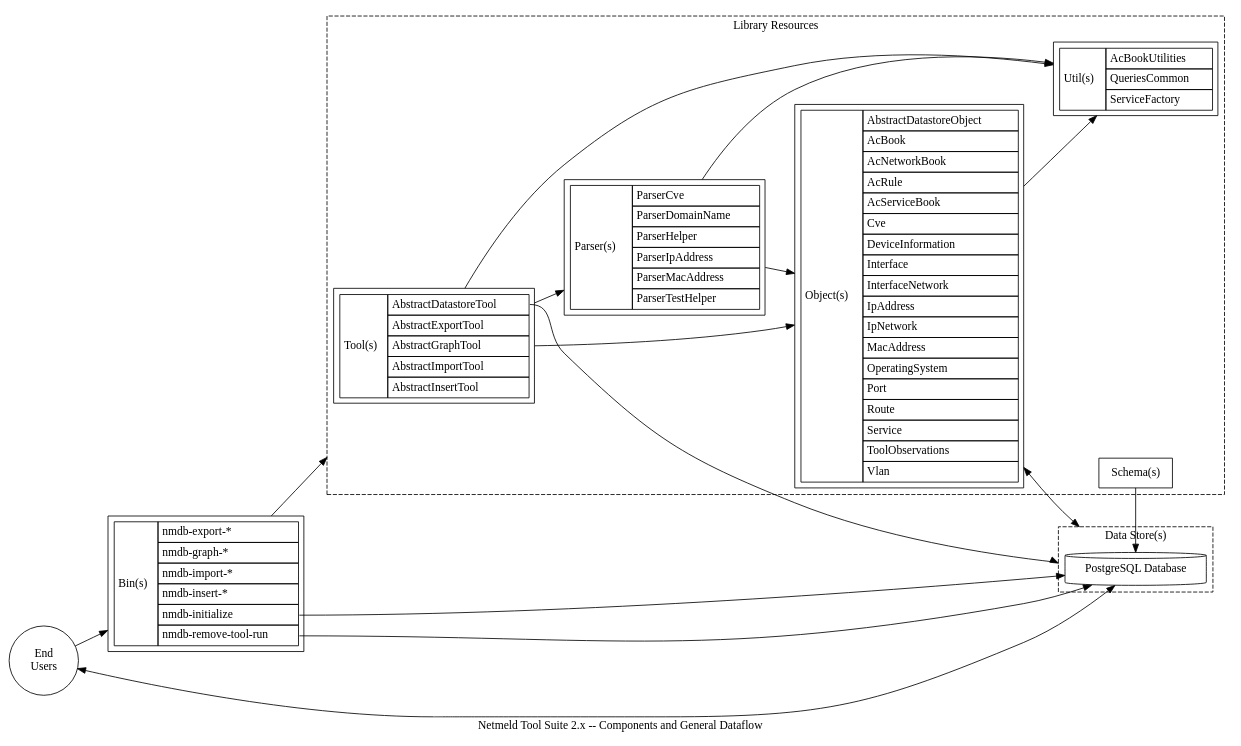
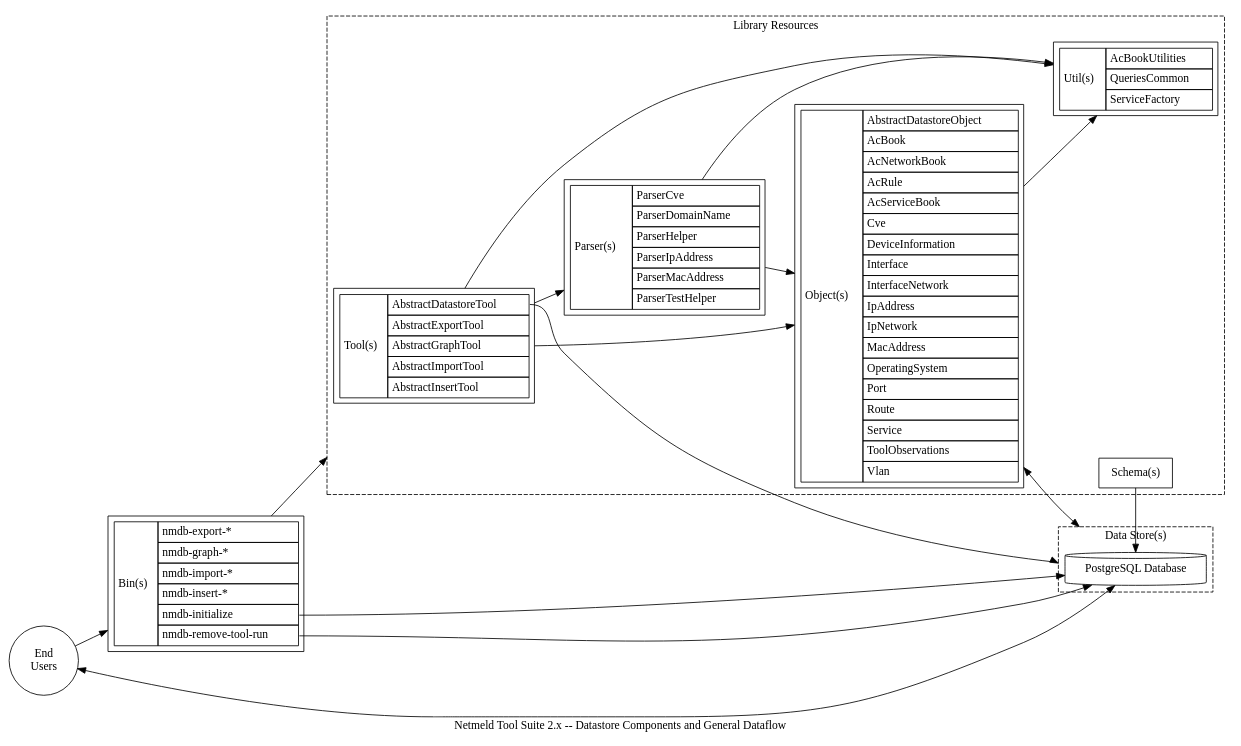
One commit to netmeld/netmeld changed the diagram in datastore/docs/netmeld-datastore.dot. Above: the diagram before and after it, drawn with Graphviz. The commit also changed 8 other files, not shown here.

```diff
--- a/datastore/docs/netmeld-datastore.dot
+++ b/datastore/docs/netmeld-datastore.dot
@@ -1,111 +1,111 @@
 digraph netmeld {
   rankdir=LR;
   nodesep=0.5;
   ranksep=0.5;
   newrank=true;
   splines=spline;
   compound=true;
   //concentrate=true; // NOTE: this incorrectly "hides" some lines
 
-  label="Netmeld Tool Suite 2.x -- Components and General Dataflow";
+  label="Netmeld Tool Suite 2.x -- Datastore Components and General Dataflow";
 
   node[shape="circle"];
   users [label="End\nUsers"];
 
   // find . -iname "nmdb-*" -printf '%f\n' | sed -e 's/.cpp//g' | sort -u | sed -e 's/\(.*\)/<tr><td align="left">\1<\/td><\/tr>/g'
 
   node[shape="rectangle",margin=0.1];
   bins [label=<
     <table border="0" cellborder="1" cellspacing="0" cellpadding="4">
       <tr><td rowspan="7">Bin(s)</td></tr>
       <tr><td align="left">nmdb-export-*</td></tr>
       <tr><td align="left">nmdb-graph-*</td></tr>
       <tr><td align="left">nmdb-import-*</td></tr>
       <tr><td align="left">nmdb-insert-*</td></tr>
       <tr><td align="left" port="init">nmdb-initialize</td></tr>
       <tr><td align="left" port="remove">nmdb-remove-tool-run</td></tr>
     </table>>];
 
 
   // find common/schemas -iname "*.hpp" -printf '%f\n' | sed -e 's/.hpp//g' | sort -u | sed -e 's/\(.*\)/<tr><td align="left">\1<\/td><\/tr>/g'
 
   subgraph cluster_lib {
     label="Library Resources";
     style="dashed";
 
     node[shape="rectangle",margin=0.1];
     objects [label=<
       <table border="0" cellborder="1" cellspacing="0" cellpadding="4">
         <tr><td rowspan="19">Object(s)</td></tr>
         <tr><td align="left">AbstractDatastoreObject</td></tr>
         <tr><td align="left">AcBook</td></tr>
         <tr><td align="left">AcNetworkBook</td></tr>
         <tr><td align="left">AcRule</td></tr>
         <tr><td align="left">AcServiceBook</td></tr>
         <tr><td align="left">Cve</td></tr>
         <tr><td align="left">DeviceInformation</td></tr>
         <tr><td align="left">Interface</td></tr>
         <tr><td align="left">InterfaceNetwork</td></tr>
         <tr><td align="left">IpAddress</td></tr>
         <tr><td align="left">IpNetwork</td></tr>
         <tr><td align="left">MacAddress</td></tr>
         <tr><td align="left">OperatingSystem</td></tr>
         <tr><td align="left">Port</td></tr>
         <tr><td align="left">Route</td></tr>
         <tr><td align="left">Service</td></tr>
         <tr><td align="left">ToolObservations</td></tr>
         <tr><td align="left">Vlan</td></tr>
       </table>>];
     parsers [label=<
       <table border="0" cellborder="1" cellspacing="0" cellpadding="4">
         <tr><td rowspan="7">Parser(s)</td></tr>
         <tr><td align="left">ParserCve</td></tr>
         <tr><td align="left">ParserDomainName</td></tr>
         <tr><td align="left">ParserHelper</td></tr>
         <tr><td align="left">ParserIpAddress</td></tr>
         <tr><td align="left">ParserMacAddress</td></tr>
         <tr><td align="left">ParserTestHelper</td></tr>
       </table>>];
     tools [label=<
       <table border="0" cellborder="1" cellspacing="0" cellpadding="4">
         <tr><td rowspan="6">Tool(s)</td></tr>
         <tr><td align="left" port="dstool">AbstractDatastoreTool</td></tr>
         <tr><td align="left">AbstractExportTool</td></tr>
         <tr><td align="left">AbstractGraphTool</td></tr>
         <tr><td align="left">AbstractImportTool</td></tr>
         <tr><td align="left">AbstractInsertTool</td></tr>
       </table>>];
     utils [label=<
       <table border="0" cellborder="1" cellspacing="0" cellpadding="4">
         <tr><td rowspan="4">Util(s)</td></tr>
         <tr><td align="left">AcBookUtilities</td></tr>
         <tr><td align="left">QueriesCommon</td></tr>
         <tr><td align="left">ServiceFactory</td></tr>
       </table>>];
 
     schemas [label="Schema(s)"];
   }
 
   subgraph cluster_datastore {
     label="Data Store(s)";
     style="dashed";
 
     node [shape="cylinder"];
     psqldb [label="PostgreSQL Database"];
   }
 
 
   {rank=same; schemas psqldb};
 
   users->bins;
   users->psqldb [dir="both"];
   schemas->psqldb;
   objects->psqldb [dir="both", lhead="cluster_datastore"];
   bins->tools [lhead="cluster_lib"];
   bins:init->psqldb;
   bins:remove->psqldb;
   tools->{parsers objects utils};
   tools:dstool->psqldb [lhead="cluster_datastore"];
   parsers->{objects utils};
   objects->utils;
 }
```
